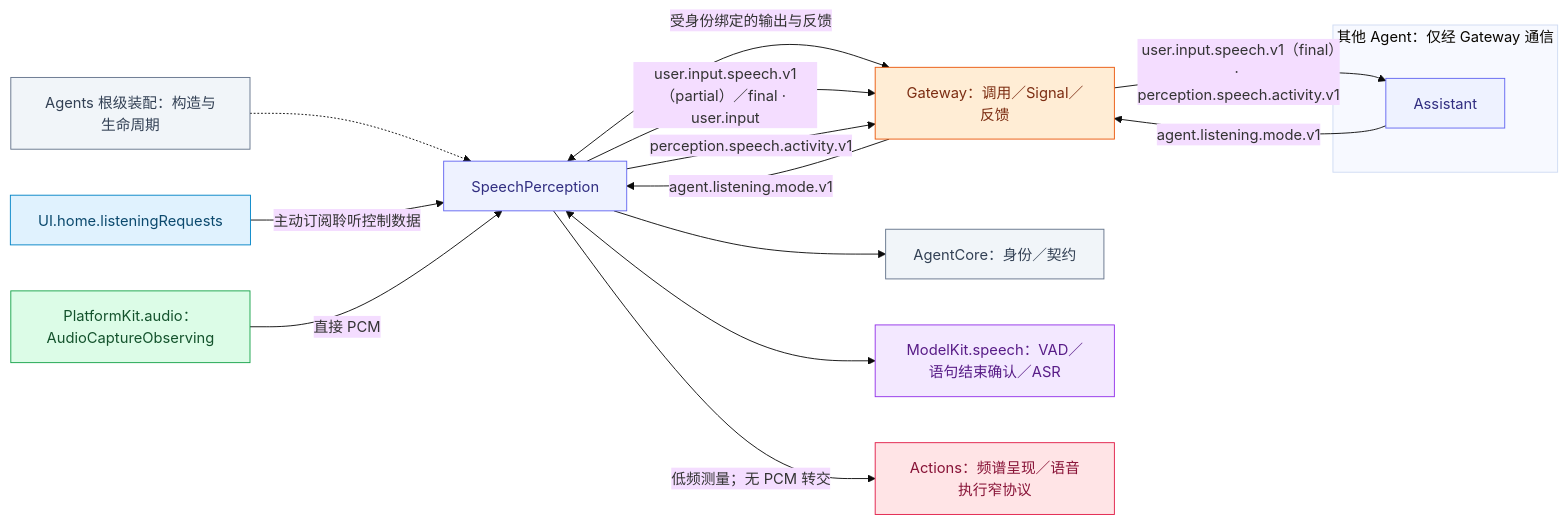
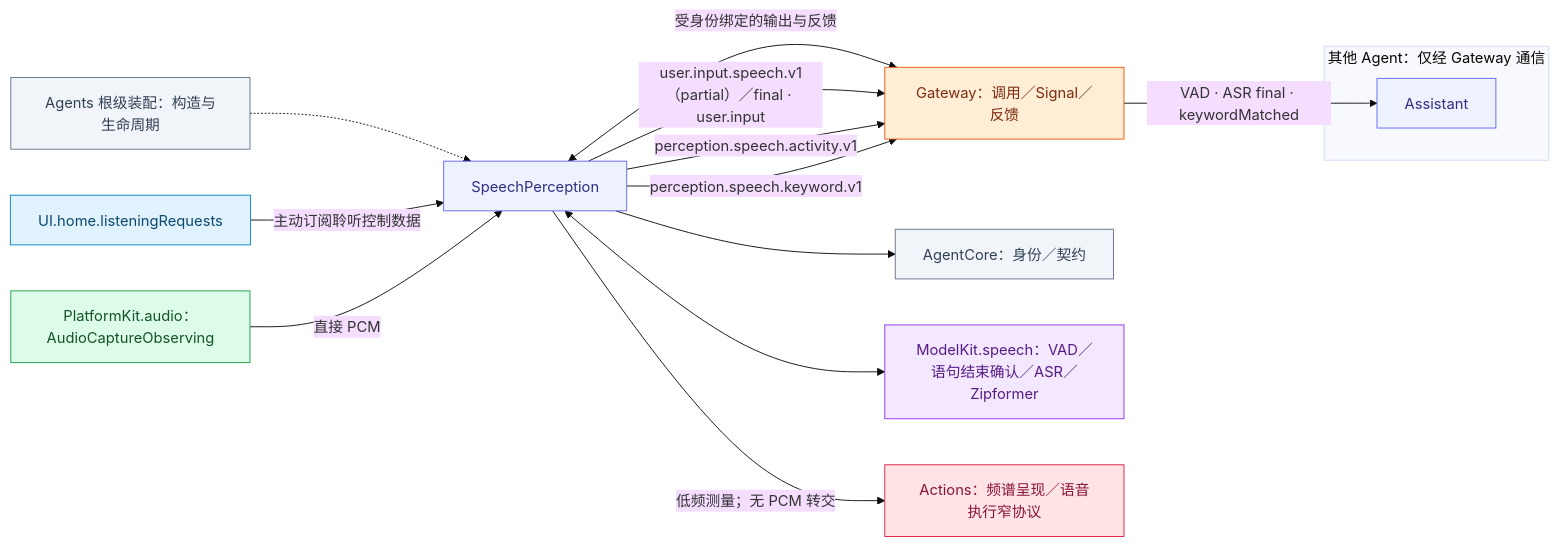
Before and after one commit to devilyouwei/MobileHarness: the first of 3 diagrams in MobileHarness/Agents/SpeechPerception/README.md, drawn with Mermaid (base theme). The commit also changed other lines of this file and 79 other files, not shown here.

Commit message:
Decouple speech perception and bound interruption buffering

````diff
--- a/MobileHarness/Agents/SpeechPerception/README.md
+++ b/MobileHarness/Agents/SpeechPerception/README.md
@@ -39,35 +39,34 @@
 ```mermaid
 flowchart LR
  A["SpeechPerception"]:::agent
  G["Gateway：调用／Signal／反馈"]:::gateway
  C["AgentCore：身份／契约"]:::host
  H["Agents 根级装配：构造与生命周期"]:::host
  H -.-> A
  A --> C
  A <-->|"受身份绑定的输出与反馈"| G
  U["UI.home.listeningRequests"]:::ui
  U -->|"主动订阅聆听控制数据"| A
  P["PlatformKit.audio：AudioCaptureObserving"]:::platform
  P -->|"直接 PCM"| A
- M["ModelKit.speech：VAD／语句结束确认／ASR"]:::model
+ M["ModelKit.speech：VAD／语句结束确认／ASR／Zipformer"]:::model
  A <--> M
  X["Actions：频谱呈现／语音执行窄协议"]:::action
  A -->|"低频测量；无 PCM 转交"| X
  subgraph Peers["其他 Agent：仅经 Gateway 通信"]
  AS["Assistant"]:::agent
  end
  A -->|"user.input.speech.v1（partial）／final · user.input"| G
  A -->|"perception.speech.activity.v1"| G
- G -->|"user.input.speech.v1（final）· perception.speech.activity.v1"| AS
- AS -->|"agent.listening.mode.v1"| G
- G -->|"agent.listening.mode.v1"| A
+ A -->|"perception.speech.keyword.v1"| G
+ G -->|"VAD · ASR final · keywordMatched"| AS
 
  classDef ui fill:#e0f2fe,stroke:#0284c7,color:#0c4a6e
  classDef platform fill:#dcfce7,stroke:#16a34a,color:#14532d
  classDef model fill:#f3e8ff,stroke:#9333ea,color:#581c87
  classDef storage fill:#fef3c7,stroke:#d97706,color:#78350f
  classDef agent fill:#eef2ff,stroke:#6366f1,color:#312e81
  classDef gateway fill:#ffedd5,stroke:#ea580c,color:#7c2d12
  classDef action fill:#ffe4e6,stroke:#e11d48,color:#881337
  classDef host fill:#f1f5f9,stroke:#64748b,color:#334155
 ```
````
